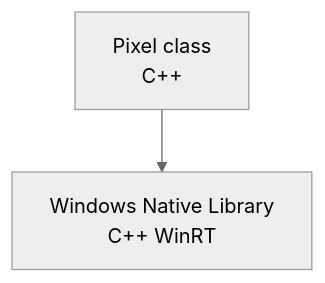
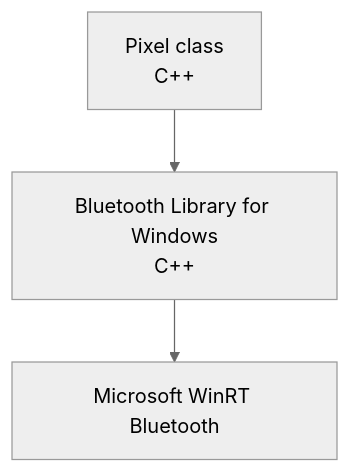
One commit to GameWithPixels/.github changed the fifth of 7 diagrams in doc/InternalArchitecture.md. Above: the diagram before and after it, drawn with Mermaid (neutral theme). The commit also changed other lines of this file, not shown here.

Commit message:
Update InternalArchitecture.md diagrams

````diff
--- a/doc/InternalArchitecture.md
+++ b/doc/InternalArchitecture.md
@@ -131,4 +129,4 @@
 ```mermaid
 graph TD;
-    Pixel[Pixel class\nC++]-->WinRTLib[Windows Native Library\nC++ WinRT];
+    Pixel[Pixel class\nC++]-->WinRTLib[Bluetooth Library for Windows\nC++]-->WinRTBluetooth[Microsoft WinRT Bluetooth];
 ```
````
